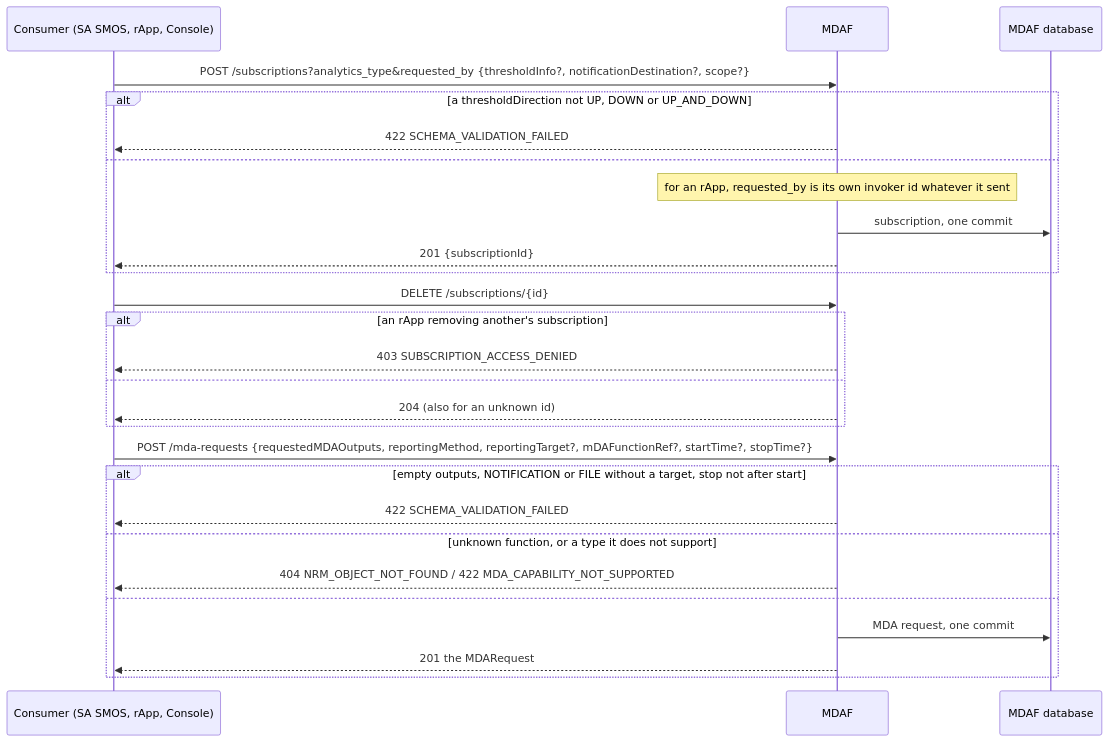
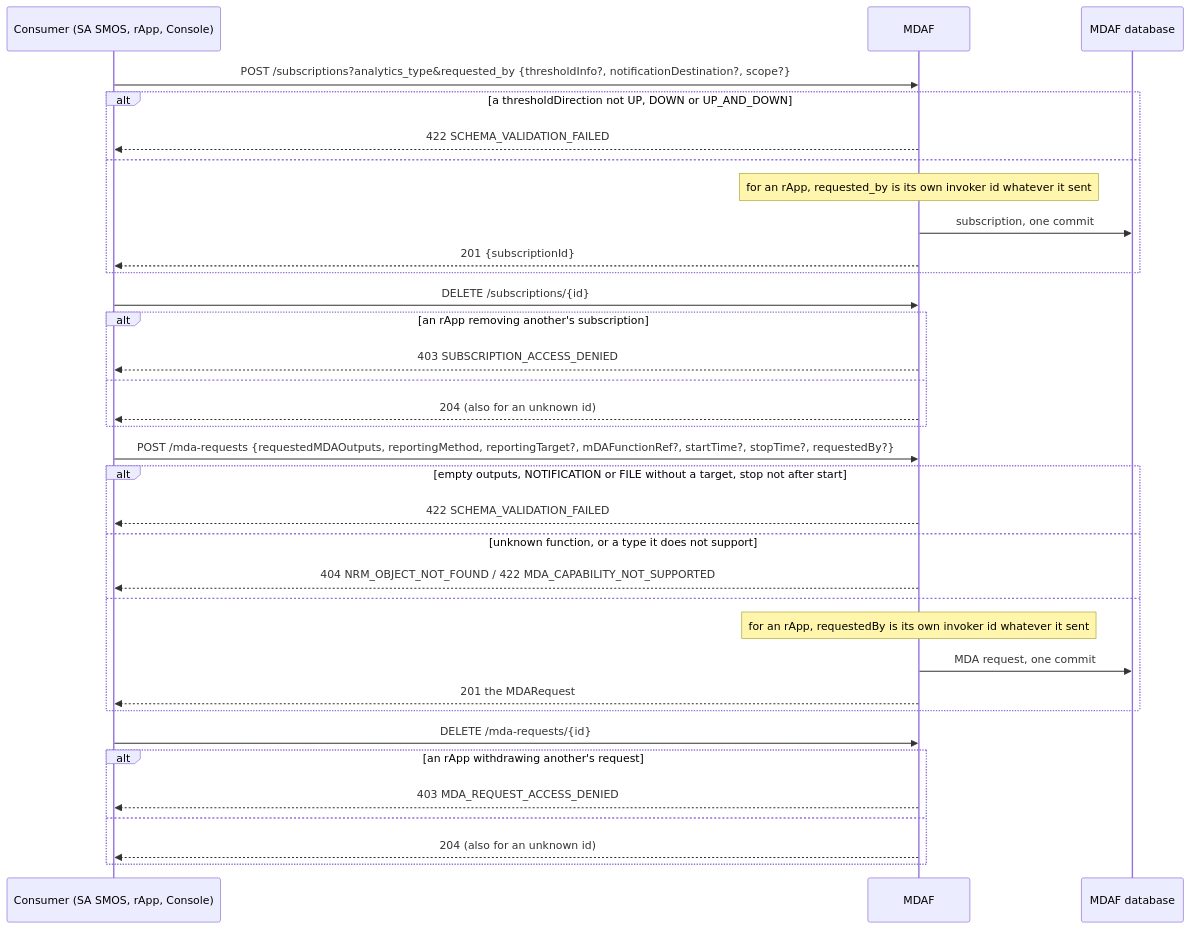
The second of 5 diagrams in smo/mdaf/docs/lifecycle.md (rsys-bshankar/ai-ran-smo), drawn with Mermaid before and after one commit. The commit also changed other lines of this file and 38 other files, not shown here.

First line of the commit message:
Ownership: AIMgF judges a module acting for an rApp; MDA requests are their maker's

````diff
--- a/smo/mdaf/docs/lifecycle.md
+++ b/smo/mdaf/docs/lifecycle.md
@@ -54,30 +54,37 @@
 ```mermaid
 sequenceDiagram
     participant C as Consumer (SA SMOS, rApp, Console)
     participant MD as MDAF
     participant DB as MDAF database
 
     C->>MD: POST /subscriptions?analytics_type&requested_by {thresholdInfo?, notificationDestination?, scope?}
     alt a thresholdDirection not UP, DOWN or UP_AND_DOWN
         MD-->>C: 422 SCHEMA_VALIDATION_FAILED
     else
         Note over MD: for an rApp, requested_by is its own invoker id whatever it sent
         MD->>DB: subscription, one commit
         MD-->>C: 201 {subscriptionId}
     end
     C->>MD: DELETE /subscriptions/{id}
     alt an rApp removing another's subscription
         MD-->>C: 403 SUBSCRIPTION_ACCESS_DENIED
     else
         MD-->>C: 204 (also for an unknown id)
     end
-    C->>MD: POST /mda-requests {requestedMDAOutputs, reportingMethod, reportingTarget?, mDAFunctionRef?, startTime?, stopTime?}
+    C->>MD: POST /mda-requests {requestedMDAOutputs, reportingMethod, reportingTarget?, mDAFunctionRef?, startTime?, stopTime?, requestedBy?}
     alt empty outputs, NOTIFICATION or FILE without a target, stop not after start
         MD-->>C: 422 SCHEMA_VALIDATION_FAILED
     else unknown function, or a type it does not support
         MD-->>C: 404 NRM_OBJECT_NOT_FOUND / 422 MDA_CAPABILITY_NOT_SUPPORTED
     else
+        Note over MD: for an rApp, requestedBy is its own invoker id whatever it sent
         MD->>DB: MDA request, one commit
         MD-->>C: 201 the MDARequest
     end
+    C->>MD: DELETE /mda-requests/{id}
+    alt an rApp withdrawing another's request
+        MD-->>C: 403 MDA_REQUEST_ACCESS_DENIED
+    else
+        MD-->>C: 204 (also for an unknown id)
+    end
 ```
````
